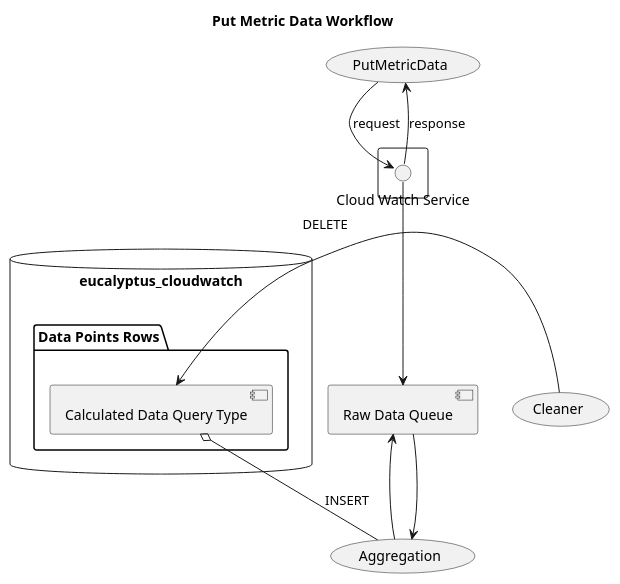
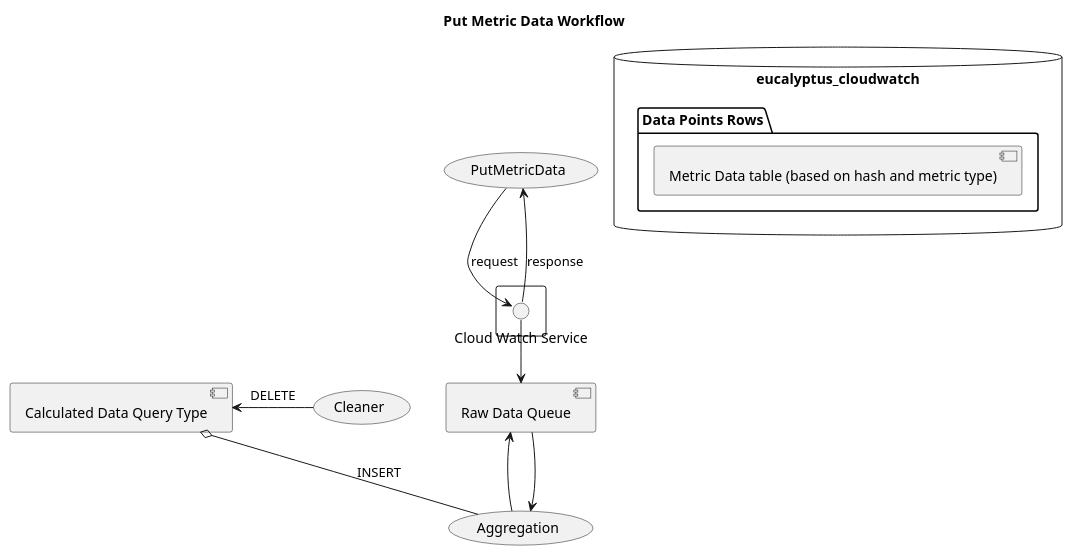
The diagram in features/cloudwatch/3.3/put-metric-data-workflow.puml (eucalyptus/architecture), drawn with PlantUML before and after one commit.

```diff
--- a/features/cloudwatch/3.3/put-metric-data-workflow.puml
+++ b/features/cloudwatch/3.3/put-metric-data-workflow.puml
@@ -1,20 +1,20 @@
 @startuml
 
 title Put Metric Data Workflow
 
 rectangle {
     ()"Cloud Watch Service"
 }
 () "Cloud Watch Service" --> (PutMetricData): response
 (PutMetricData) -down-> ()"Cloud Watch Service" : request
 () "Cloud Watch Service" -down-> [Raw Data Queue]
 [Raw Data Queue] --> (Aggregation)
 [Raw Data Queue] <-right- (Aggregation)
 database "eucalyptus_cloudwatch" {
 folder "Data Points Rows" {
-    [Calculated Data Query Type]
+    [Metric Data table (based on hash and metric type)]
   }
 }
 [Calculated Data Query Type] o-- (Aggregation) : INSERT
 (Cleaner) --left-> [Calculated Data Query Type] : DELETE
 @enduml
```
